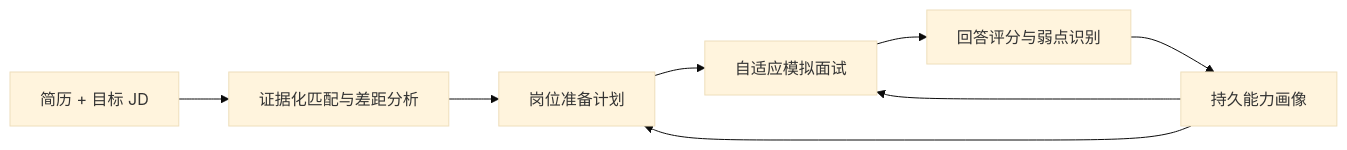
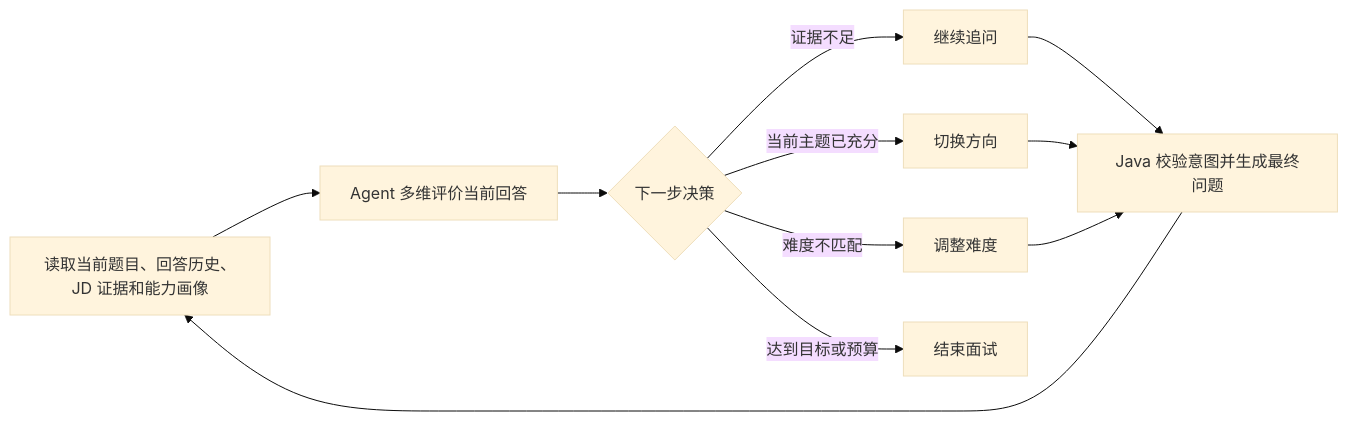
The first of 3 diagrams in README.md (w0nderful-yzh/CareerAI), drawn with Mermaid (base theme) before and after one commit. The commit also changed other lines of this file, not shown here.

Commit message:
Revise README to reflect the agent-driven CareerAI architecture

````diff
--- a/README.md
+++ b/README.md
@@ -16,10 +48,13 @@
 ```mermaid
 flowchart LR
-    A["简历 + 目标 JD"] --> B["证据化匹配与差距分析"]
-    B --> C["岗位准备计划"]
-    C --> D["自适应模拟面试"]
-    D --> E["回答评分与弱点识别"]
-    E --> F["持久能力画像"]
-    F --> D
-    F --> C
+    A["读取当前题目、回答历史、JD 证据和能力画像"] --> B["Agent 多维评价当前回答"]
+    B --> C{"下一步决策"}
+    C -->|证据不足| D["继续追问"]
+    C -->|当前主题已充分| E["切换方向"]
+    C -->|难度不匹配| F["调整难度"]
+    C -->|达到目标或预算| G["结束面试"]
+    D --> H["Java 校验意图并生成最终问题"]
+    E --> H
+    F --> H
+    H --> A
 ```
````
